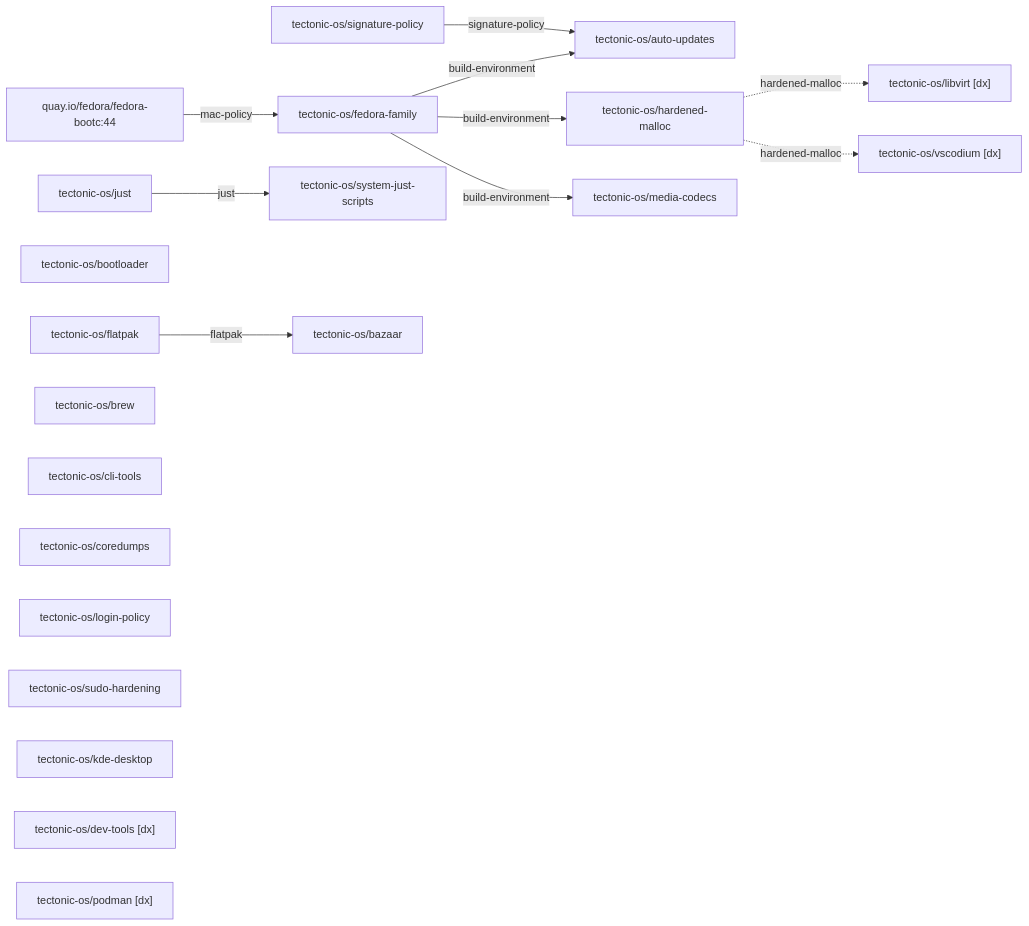
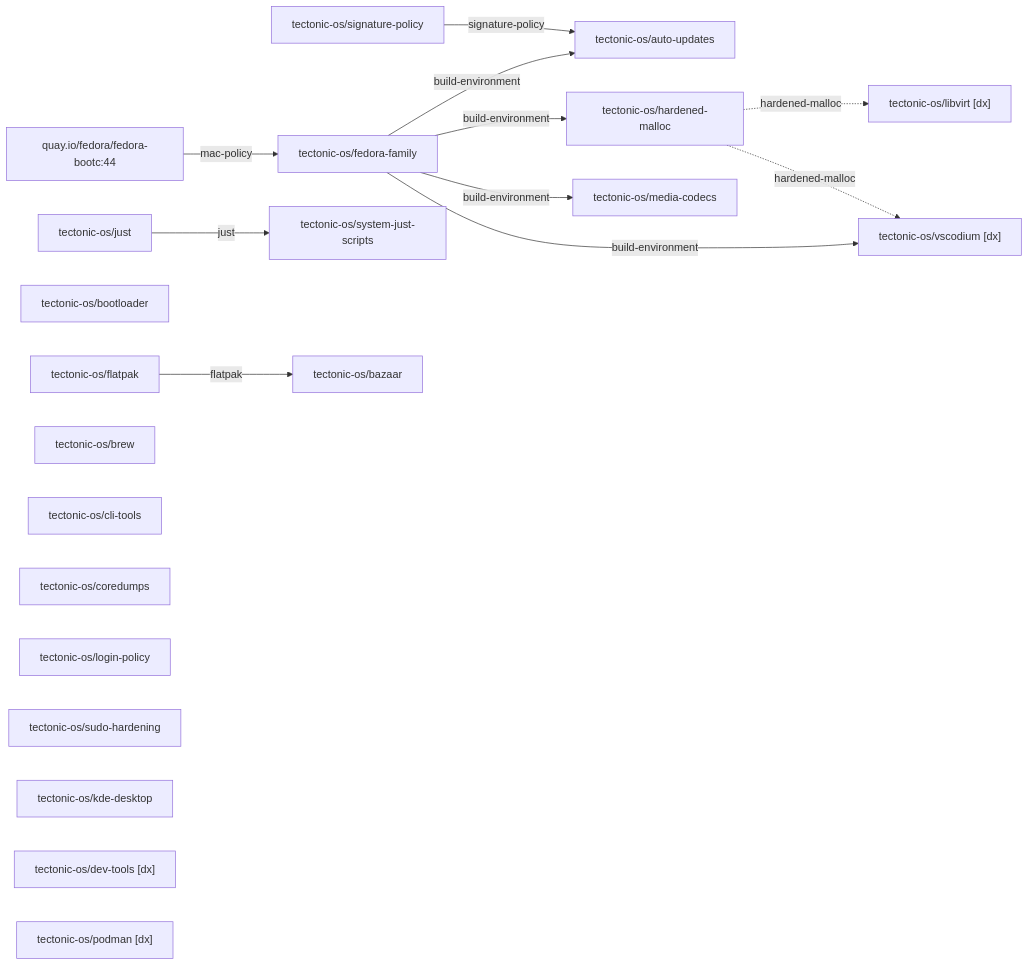
The diagram in generated/desktop.graph.md (tectonic-os/desktop), drawn with Mermaid before and after one commit. The commit also changed other lines of this file and 8 other files, not shown here.

````diff
--- a/generated/desktop.graph.md
+++ b/generated/desktop.graph.md
@@ -9,33 +9,34 @@
 ```mermaid
 graph LR
     base["quay.io/fedora/fedora-bootc:44"]
     m0["tectonic-os/fedora-family"]
     m1["tectonic-os/just"]
     m2["tectonic-os/bootloader"]
     m3["tectonic-os/signature-policy"]
     m4["tectonic-os/auto-updates"]
     m5["tectonic-os/system-just-scripts"]
     m6["tectonic-os/flatpak"]
     m7["tectonic-os/brew"]
     m8["tectonic-os/cli-tools"]
     m9["tectonic-os/coredumps"]
     m10["tectonic-os/login-policy"]
     m11["tectonic-os/hardened-malloc"]
     m12["tectonic-os/sudo-hardening"]
     m13["tectonic-os/kde-desktop"]
     m14["tectonic-os/bazaar"]
     m15["tectonic-os/media-codecs"]
     m16["tectonic-os/dev-tools [dx]"]
     m17["tectonic-os/podman [dx]"]
     m18["tectonic-os/libvirt [dx]"]
     m19["tectonic-os/vscodium [dx]"]
     base -->|"mac-policy"| m0
     m0 -->|"build-environment"| m4
     m0 -->|"build-environment"| m11
     m0 -->|"build-environment"| m15
+    m0 -->|"build-environment"| m19
     m1 -->|"just"| m5
     m3 -->|"signature-policy"| m4
     m6 -->|"flatpak"| m14
     m11 -.->|"hardened-malloc"| m18
     m11 -.->|"hardened-malloc"| m19
 ```
````
